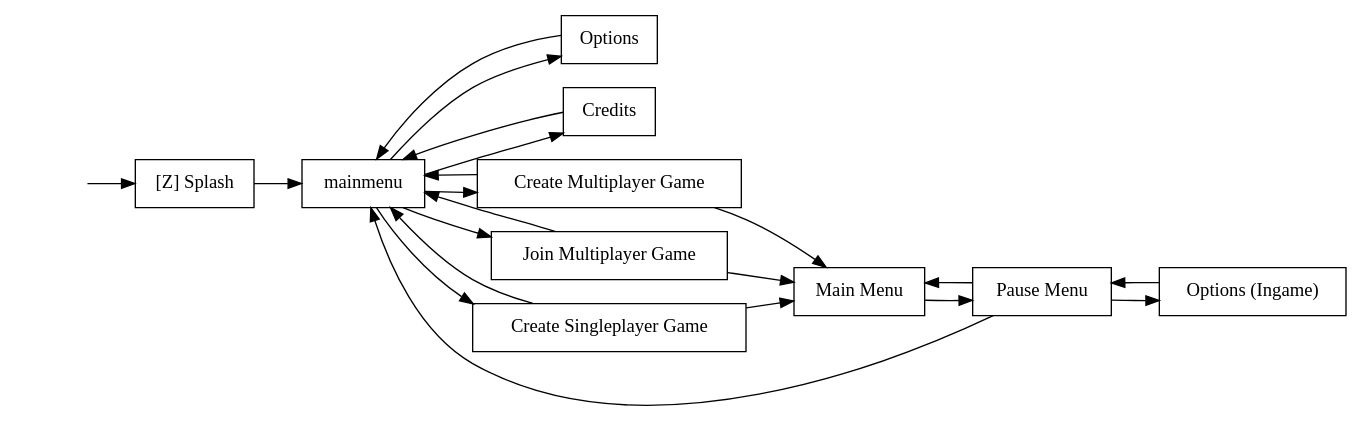
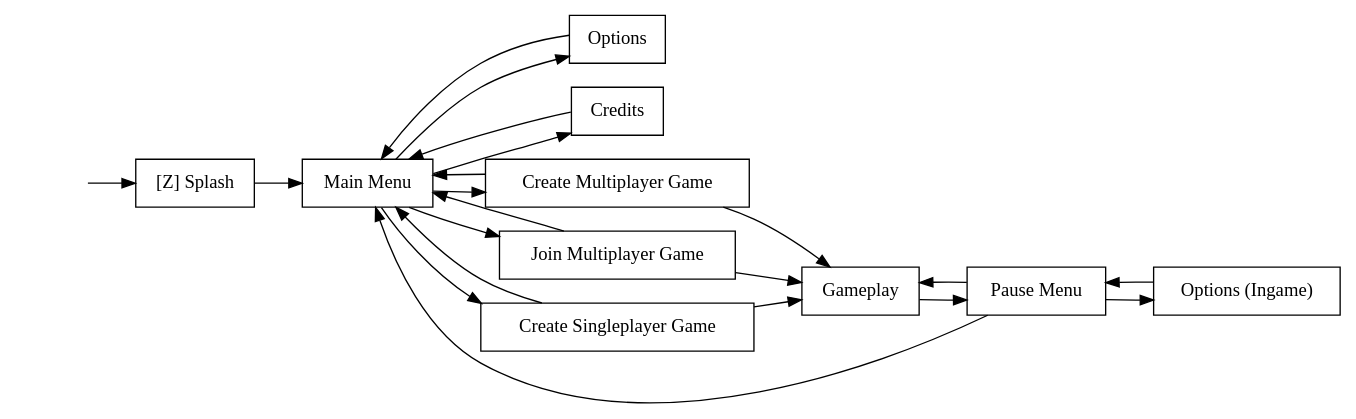
The diagram in design/states.dot (zig-community/Zig-Showdown), drawn with Graphviz before and after one commit. The commit also changed 13 other files, not shown here.

```diff
--- a/design/states.dot
+++ b/design/states.dot
@@ -1,35 +1,36 @@
 digraph {
   rankdir=LR;
 
   node [shape=box];
 
   init [label="", shape=none];
   splash [label="[Z] Splash"];
   options [label="Options"];
   credits [label="Credits"];
   create_server [label="Create Multiplayer Game"];
   join_game [label="Join Multiplayer Game"];
   create_sp_game [label="Create Singleplayer Game"];
-  game [label="Main Menu"];
+  game [label="Gameplay"];
   pause_menu [label="Pause Menu"];
   options_ingame [label="Options (Ingame)"];
+  mainmenu [label="Main Menu"];
 
   init -> splash -> mainmenu;
 
   mainmenu -> options -> mainmenu;
   mainmenu -> credits -> mainmenu;
 
   mainmenu -> create_server -> mainmenu;
   mainmenu -> join_game -> mainmenu;
   mainmenu -> create_sp_game -> mainmenu;
 
   create_server -> game;
   join_game -> game;
   create_sp_game -> game;
 
   game -> pause_menu -> game;
   pause_menu -> mainmenu;
 
   pause_menu -> options_ingame -> pause_menu;
 
 }
```
